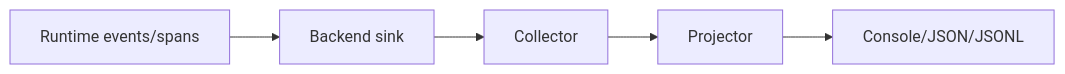
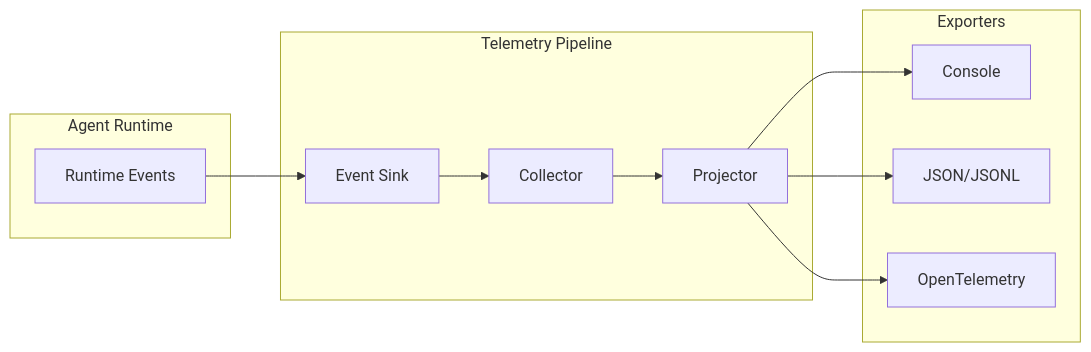
Before and after one commit to Luseefor/afk: the diagram in docs/library/observability.mdx, drawn with Mermaid. The commit also changed other lines of this file and 50 other files, not shown here.

````diff
--- a/docs/library/observability.mdx
+++ b/docs/library/observability.mdx
@@ -8,7 +25,25 @@
 ```mermaid
 flowchart LR
-    Runtime[Runtime events/spans] --> Sink[Backend sink]
-    Sink --> Collector[Collector]
-    Collector --> Projector[Projector]
-    Projector --> Exporters[Console/JSON/JSONL]
+    subgraph Runtime["Agent Runtime"]
+        Events["Runtime Events"]
+    end
+
+    subgraph Pipeline["Telemetry Pipeline"]
+        Sink["Event Sink"]
+        Collector["Collector"]
+        Projector["Projector"]
+    end
+
+    subgraph Exporters["Exporters"]
+        Console["Console"]
+        JSON["JSON/JSONL"]
+        OTEL["OpenTelemetry"]
+    end
+
+    Events --> Sink
+    Sink --> Collector
+    Collector --> Projector
+    Projector --> Console
+    Projector --> JSON
+    Projector --> OTEL
 ```
````
